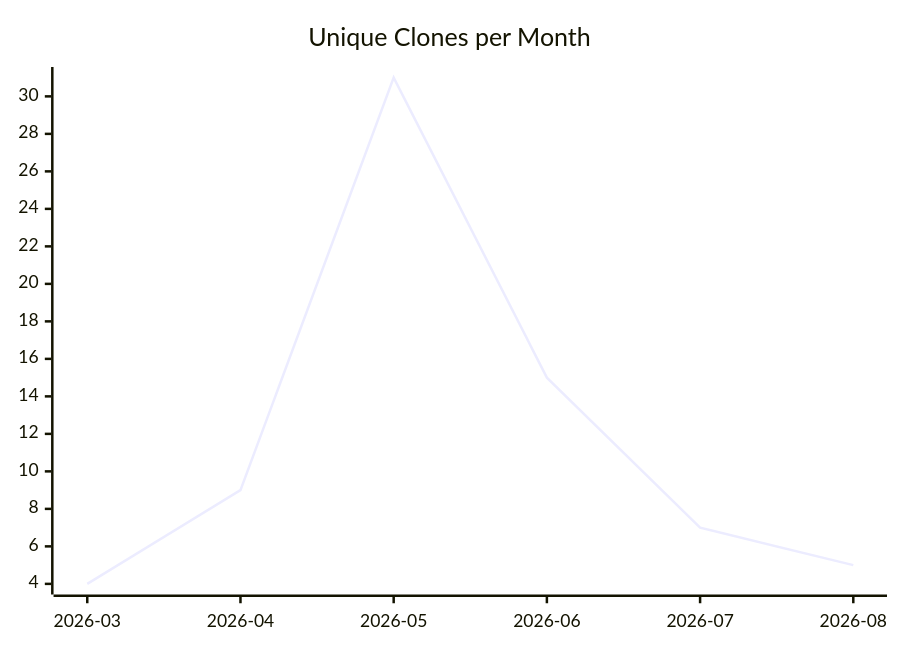
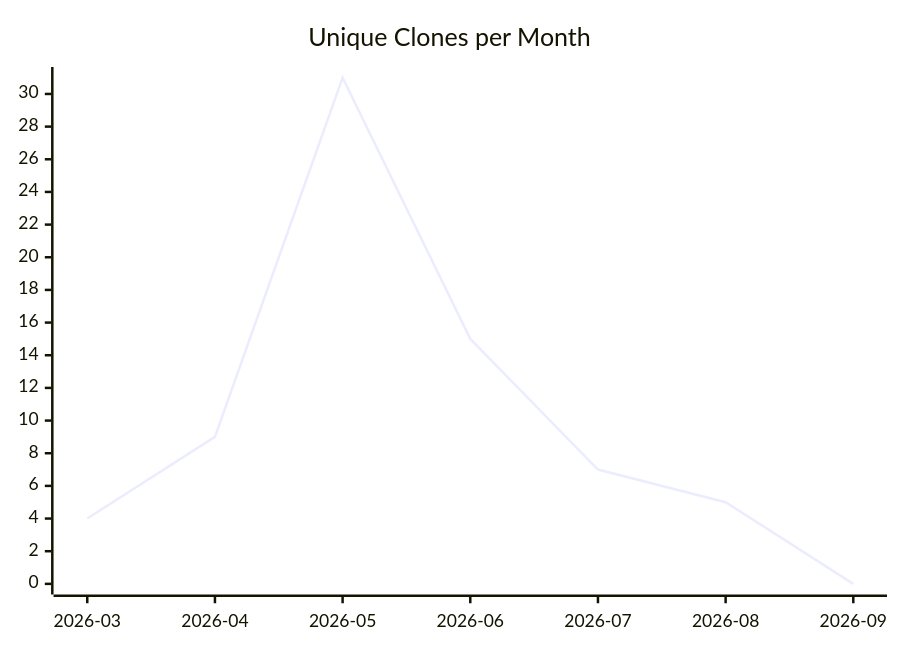
Before and after one commit to justdavis-family/github-analytics-data: the third of 3 diagrams in karlmdavis/ansible-role-rcm-dotfiles/README.md, drawn with Mermaid. The commit also changed other lines of this file and 191 other files, not shown here.

````diff
--- a/karlmdavis/ansible-role-rcm-dotfiles/README.md
+++ b/karlmdavis/ansible-role-rcm-dotfiles/README.md
@@ -19,6 +19,6 @@
 ```mermaid
 xychart-beta
   title "Unique Clones per Month"
-  x-axis ["2026-03", "2026-04", "2026-05", "2026-06", "2026-07", "2026-08"]
-  line [4, 9, 31, 15, 7, 5]
+  x-axis ["2026-03", "2026-04", "2026-05", "2026-06", "2026-07", "2026-08", "2026-09"]
+  line [4, 9, 31, 15, 7, 5, 0]
 ```
````
